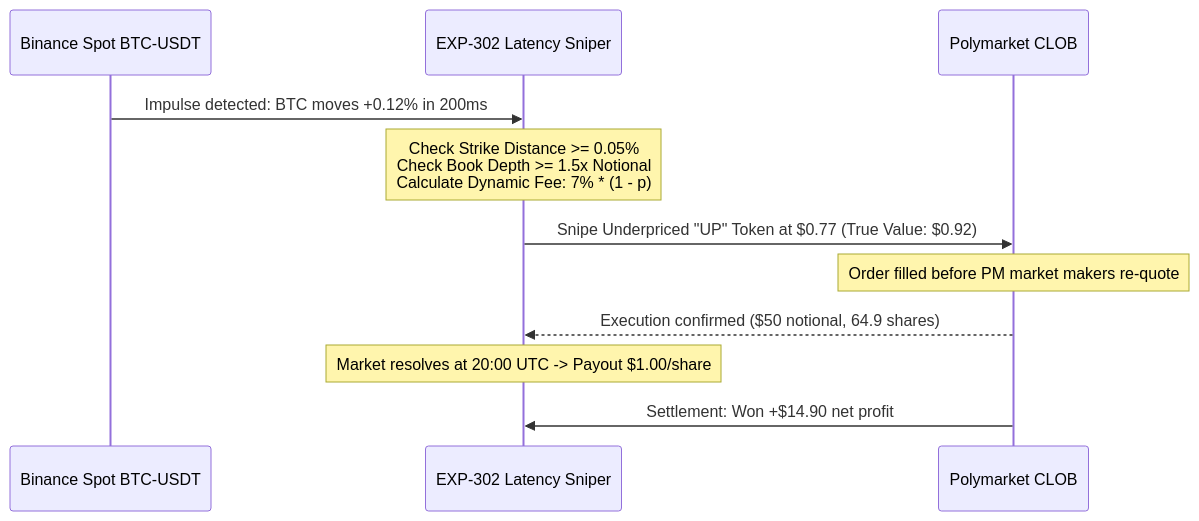
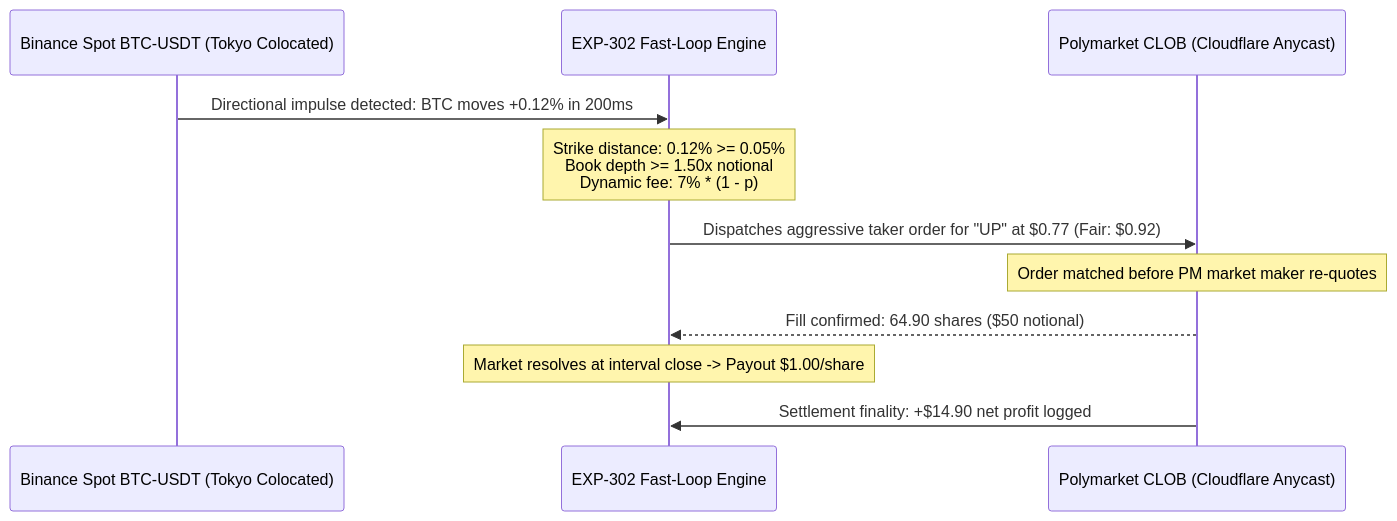
Before and after one commit to skybullet1987/quant_pipeline: the second of 2 diagrams in reports/UNIFIED_EXPERIMENT_ARCHITECTURE_AND_TRACKING.md, drawn with Mermaid. The commit also changed other lines of this file, not shown here.

Commit message:
docs(audit): integrate comprehensive quantitative trading architecture audit and plan review

````diff
--- a/reports/UNIFIED_EXPERIMENT_ARCHITECTURE_AND_TRACKING.md
+++ b/reports/UNIFIED_EXPERIMENT_ARCHITECTURE_AND_TRACKING.md
@@ -225,14 +246,14 @@
 ```mermaid
 sequenceDiagram
-    participant B as Binance Spot BTC-USDT
-    participant Engine as EXP-302 Latency Sniper
-    participant PM as Polymarket CLOB
-    
-    B->>Engine: Impulse detected: BTC moves +0.12% in 200ms
-    Note over Engine: Check Strike Distance >= 0.05%<br/>Check Book Depth >= 1.5x Notional<br/>Calculate Dynamic Fee: 7% * (1 - p)
-    Engine->>PM: Snipe Underpriced "UP" Token at $0.77 (True Value: $0.92)
-    Note over PM: Order filled before PM market makers re-quote
-    PM-->>Engine: Execution confirmed ($50 notional, 64.9 shares)
-    Note over Engine: Market resolves at 20:00 UTC -> Payout $1.00/share
-    PM->>Engine: Settlement: Won +$14.90 net profit
+    participant B as Binance Spot BTC-USDT (Tokyo Colocated)
+    participant Engine as EXP-302 Fast-Loop Engine
+    participant PM as Polymarket CLOB (Cloudflare Anycast)
+
+    B->>Engine: Directional impulse detected: BTC moves +0.12% in 200ms
+    Note over Engine: Strike distance: 0.12% >= 0.05%<br/>Book depth >= 1.50x notional<br/>Dynamic fee: 7% * (1 - p)
+    Engine->>PM: Dispatches aggressive taker order for "UP" at $0.77 (Fair: $0.92)
+    Note over PM: Order matched before PM market maker re-quotes
+    PM-->>Engine: Fill confirmed: 64.90 shares ($50 notional)
+    Note over Engine: Market resolves at interval close -> Payout $1.00/share
+    PM->>Engine: Settlement finality: +$14.90 net profit logged
 ```
````
